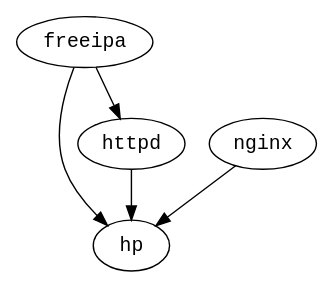
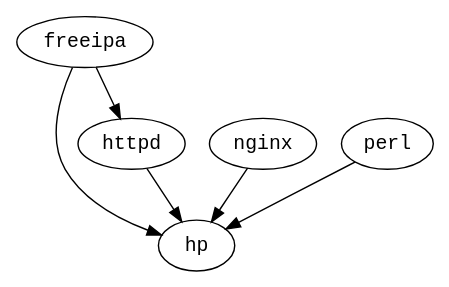
The diagram in img/module-deps.dot (fedora-modularity/dependency-report), drawn with Graphviz before and after one commit. The commit also changed 158 other files, not shown here.

```diff
--- a/img/module-deps.dot
+++ b/img/module-deps.dot
@@ -1,7 +1,10 @@
 strict digraph G {
   node [fontname=monospace];
   "freeipa" -> "hp";
   "freeipa" -> "httpd";
+  "freeipa" -> "httpd";
+  "freeipa" -> "httpd";
   "httpd" -> "hp";
   "nginx" -> "hp";
+  "perl" -> "hp";
 }
```
